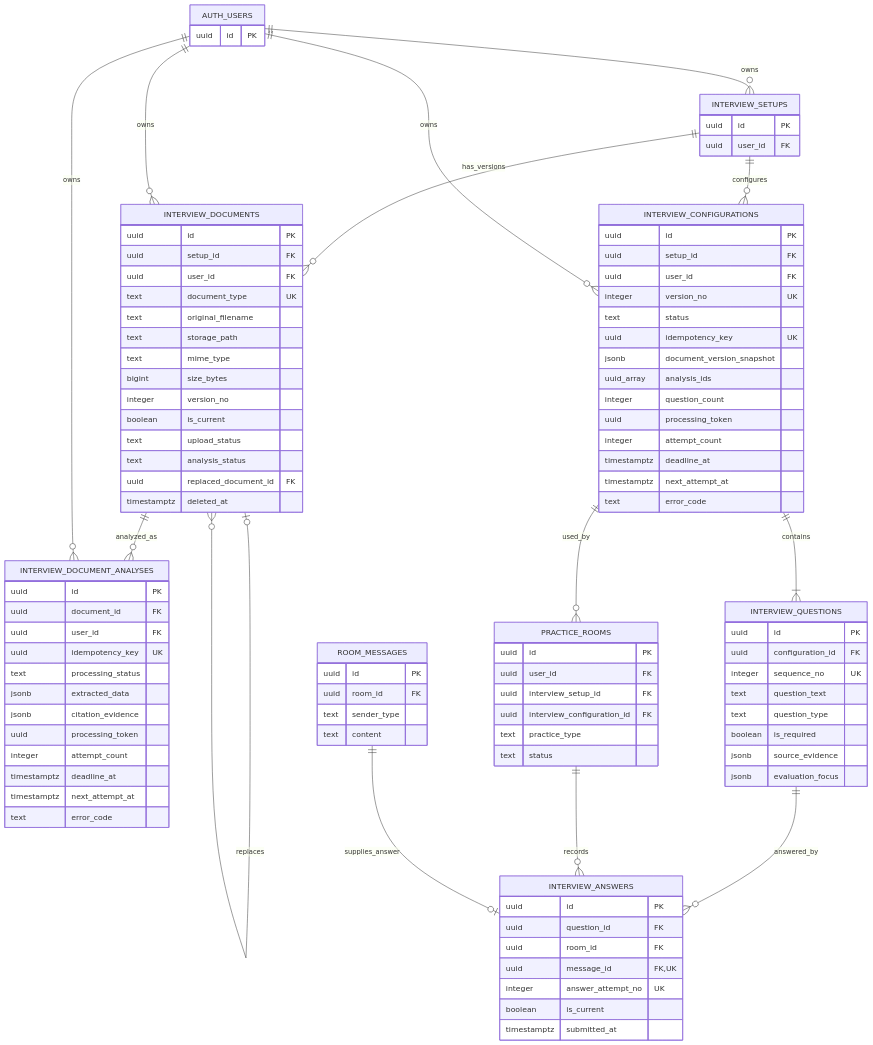
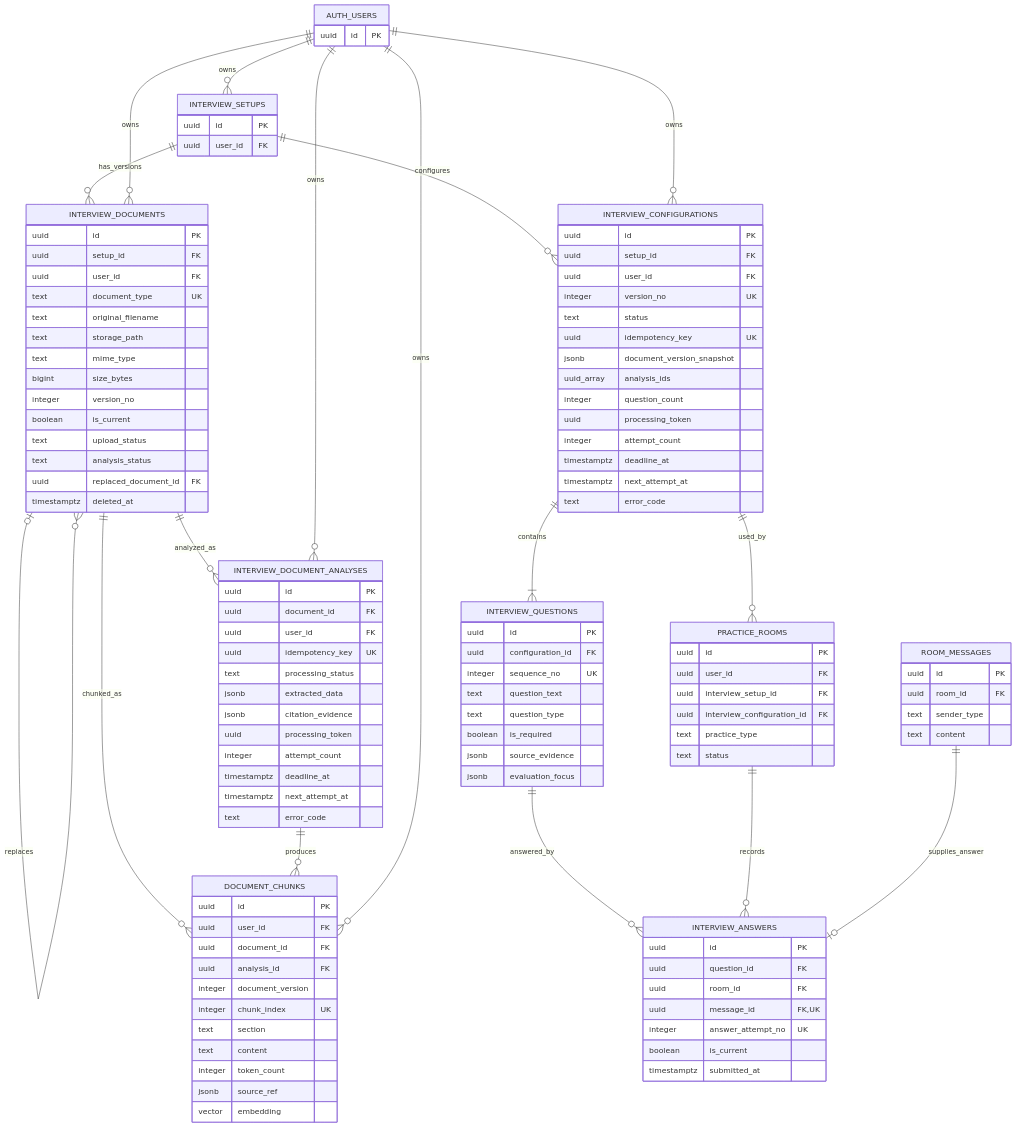
Before and after one commit to K-manner-speech/k-manner-speech-advanced-api: the third of 5 diagrams in docs/ERD.md, drawn with Mermaid. The commit also changed other lines of this file and 70 other files, not shown here.

```diff
--- a/docs/ERD.md
+++ b/docs/ERD.md
@@ -414,6 +430,20 @@
         timestamptz deadline_at
         timestamptz next_attempt_at
         text error_code
+    }
+
+    DOCUMENT_CHUNKS {
+        uuid id PK
+        uuid user_id FK
+        uuid document_id FK
+        uuid analysis_id FK
+        integer document_version
+        integer chunk_index UK
+        text section
+        text content
+        integer token_count
+        jsonb source_ref
+        vector embedding
     }
 
     INTERVIEW_CONFIGURATIONS {
@@ -476,6 +506,9 @@
     INTERVIEW_DOCUMENTS o|--o{ INTERVIEW_DOCUMENTS : replaces
     INTERVIEW_DOCUMENTS ||--o{ INTERVIEW_DOCUMENT_ANALYSES : analyzed_as
     AUTH_USERS ||--o{ INTERVIEW_DOCUMENT_ANALYSES : owns
+    INTERVIEW_DOCUMENTS ||--o{ DOCUMENT_CHUNKS : chunked_as
+    INTERVIEW_DOCUMENT_ANALYSES ||--o{ DOCUMENT_CHUNKS : produces
+    AUTH_USERS ||--o{ DOCUMENT_CHUNKS : owns
     INTERVIEW_SETUPS ||--o{ INTERVIEW_CONFIGURATIONS : configures
     AUTH_USERS ||--o{ INTERVIEW_CONFIGURATIONS : owns
     INTERVIEW_CONFIGURATIONS ||--|{ INTERVIEW_QUESTIONS : contains
```
